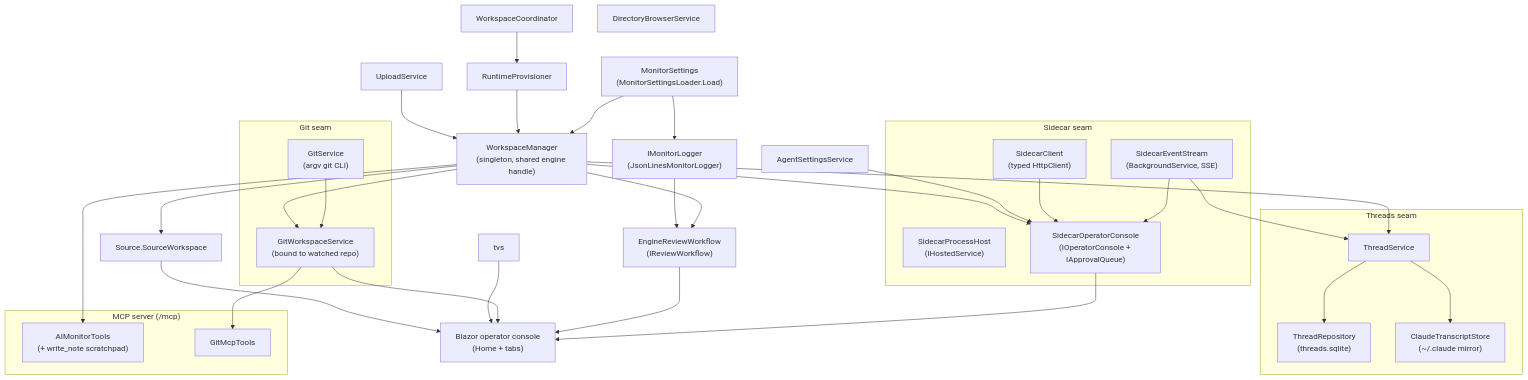
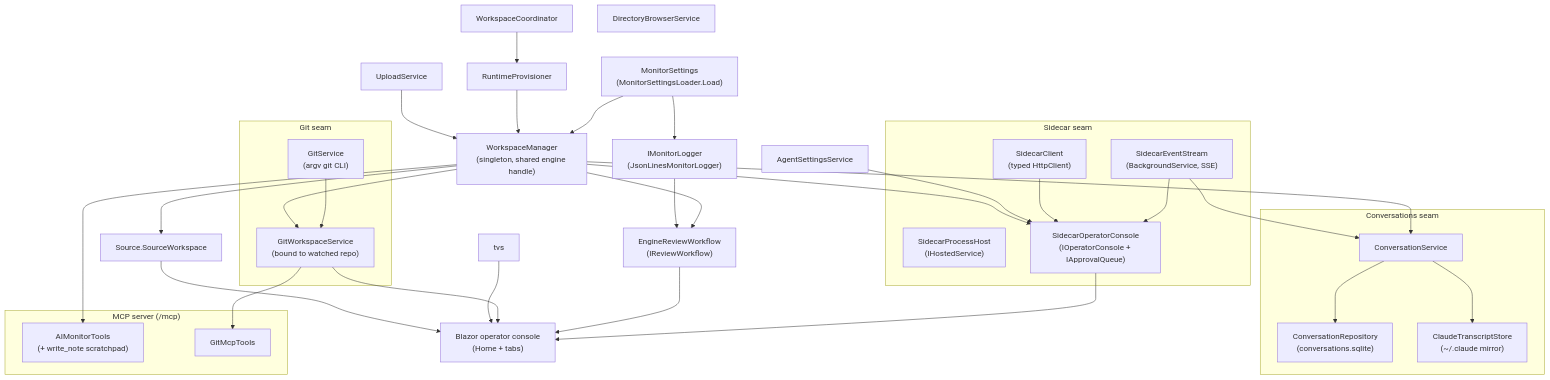
Before and after one commit to rdavi10471a2/ClaudeWorkbench: the first of 3 diagrams in docs/components/ClaudeWorkbench.Host.md, drawn with Mermaid. The commit also changed other lines of this file and 44 other files, not shown here.

First line of the commit message:
Conversations: rename from threads, taxonomy + UX rework

````diff
--- a/docs/components/ClaudeWorkbench.Host.md
+++ b/docs/components/ClaudeWorkbench.Host.md
@@ -28,61 +28,61 @@
 ```mermaid
 flowchart TD
     settings["MonitorSettings\n(MonitorSettingsLoader.Load)"]
     wm["WorkspaceManager\n(singleton, shared engine handle)"]
     logger["IMonitorLogger\n(JsonLinesMonitorLogger)"]
     settings --> wm
     settings --> logger
 
     subgraph mcp["MCP server (/mcp)"]
         aim["AIMonitorTools\n(+ write_note scratchpad)"]
         gitmcp["GitMcpTools"]
     end
     wm --> aim
 
     subgraph sidecar["Sidecar seam"]
         sph["SidecarProcessHost\n(IHostedService)"]
         ses["SidecarEventStream\n(BackgroundService, SSE)"]
         sc["SidecarClient\n(typed HttpClient)"]
         soc["SidecarOperatorConsole\n(IOperatorConsole + IApprovalQueue)"]
     end
     ses --> soc
     sc --> soc
     agentcfg["AgentSettingsService"] --> soc
     wm --> soc
 
     erw["EngineReviewWorkflow\n(IReviewWorkflow)"]
     wm --> erw
     logger --> erw
 
     subgraph git["Git seam"]
         gsvc["GitService\n(argv git CLI)"]
         gws["GitWorkspaceService\n(bound to watched repo)"]
     end
     gsvc --> gws
     wm --> gws
     gws --> gitmcp
 
-    subgraph threads["Threads seam"]
-        tsvc["ThreadService"]
-        trepo["ThreadRepository\n(threads.sqlite)"]
+    subgraph conversations["Conversations seam"]
+        tsvc["ConversationService"]
+        trepo["ConversationRepository\n(conversations.sqlite)"]
         tstore["ClaudeTranscriptStore\n(~/.claude mirror)"]
     end
     tsvc --> trepo
     tsvc --> tstore
     ses --> tsvc
     wm --> tsvc
 
     src["Source.SourceWorkspace"]
     wm --> src
     prov["RuntimeProvisioner"] --> wm
     coord["WorkspaceCoordinator"] --> prov
     upl["UploadService"] --> wm
     dir["DirectoryBrowserService"]
 
     ui["Blazor operator console\n(Home + tabs)"]
     soc --> ui
     erw --> ui
     gws --> ui
     tvs --> ui
     src --> ui
 ```
````
